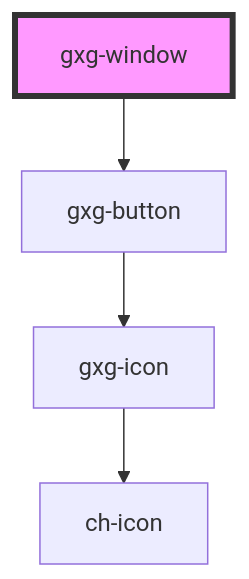
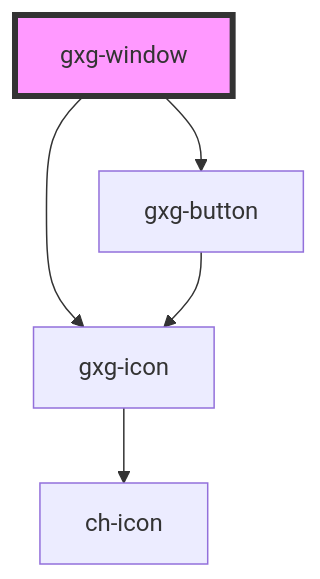
The diagram in src/components/window/readme.md (genexuslabs/gemini), drawn with Mermaid before and after one commit. The commit also changed other lines of this file and 6 other files, not shown here.

````diff
--- a/src/components/window/readme.md
+++ b/src/components/window/readme.md
@@ -22,7 +30,8 @@
 ```mermaid
 graph TD;
+  gxg-window --> gxg-icon
   gxg-window --> gxg-button
+  gxg-icon --> ch-icon
   gxg-button --> gxg-icon
-  gxg-icon --> ch-icon
   style gxg-window fill:#f9f,stroke:#333,stroke-width:4px
 ```
````
